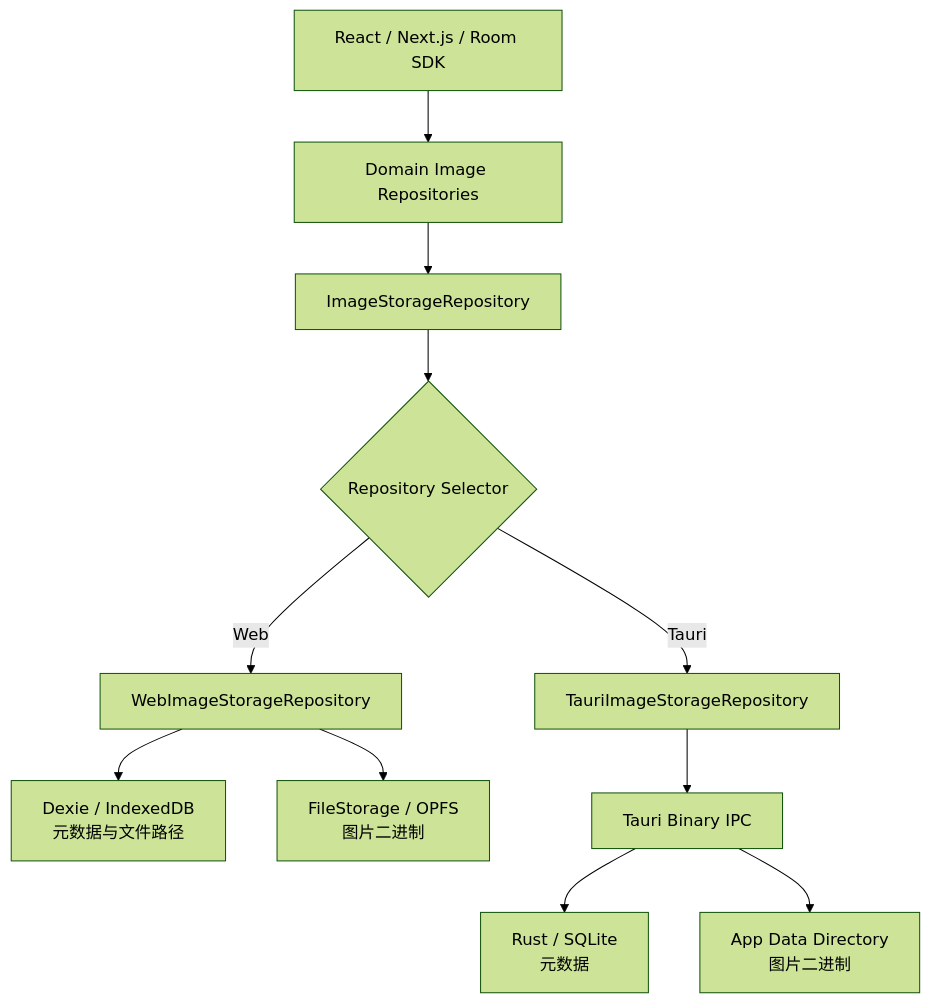
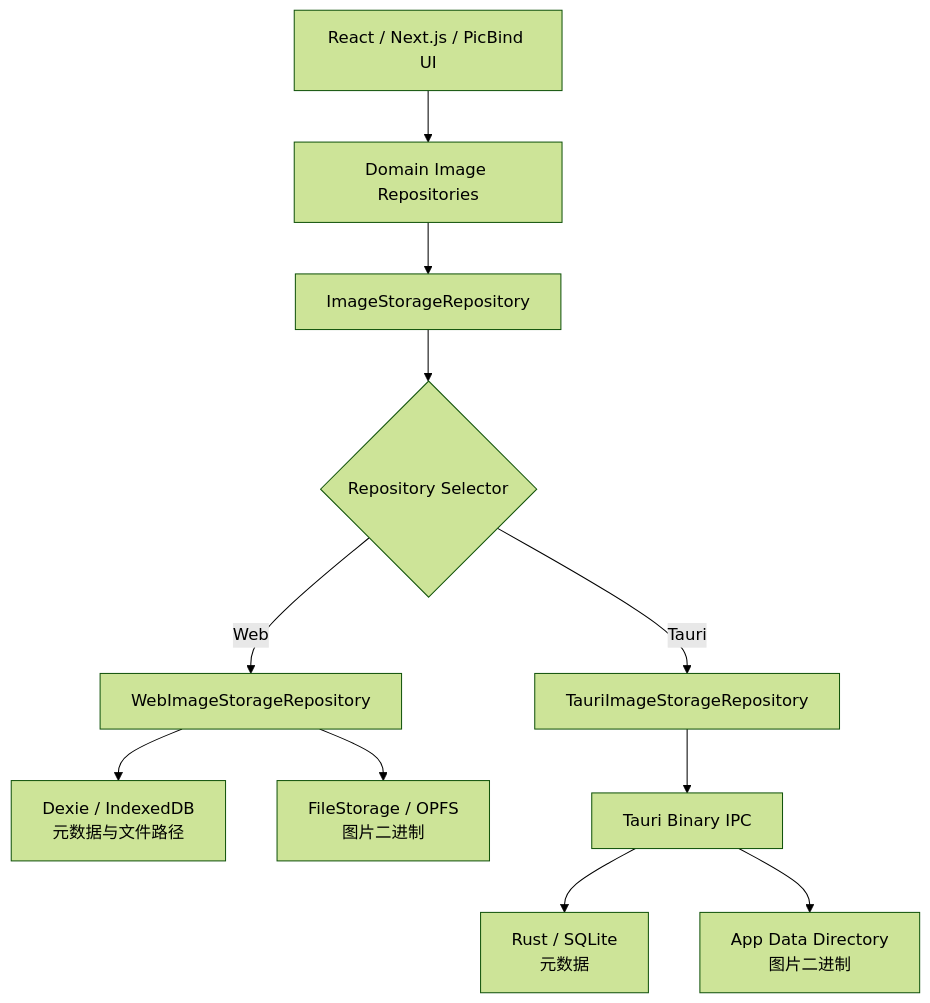
One commit to molast/picbind changed the first of 3 diagrams in docs/architecture/desktop/tauri-storage-architecture-v2.md. Above: the diagram before and after it, drawn with Mermaid (forest theme). The commit also changed other lines of this file and 119 other files, not shown here.

````diff
--- a/docs/architecture/desktop/tauri-storage-architecture-v2.md
+++ b/docs/architecture/desktop/tauri-storage-architecture-v2.md
@@ -42,13 +42,13 @@
 ```mermaid
 flowchart TD
-    UI["React / Next.js / Room SDK"] --> DomainRepo["Domain Image Repositories"]
+    UI["React / Next.js / PicBind UI"] --> DomainRepo["Domain Image Repositories"]
     DomainRepo --> Contract["ImageStorageRepository"]
     Contract --> Runtime{"Repository Selector"}
     Runtime -- Web --> WebRepo["WebImageStorageRepository"]
     Runtime -- Tauri --> TauriRepo["TauriImageStorageRepository"]
     WebRepo --> Dexie["Dexie / IndexedDB\n元数据与文件路径"]
     WebRepo --> OPFS["FileStorage / OPFS\n图片二进制"]
     TauriRepo --> IPC["Tauri Binary IPC"]
     IPC --> SQLite["Rust / SQLite\n元数据"]
     IPC --> NativeFiles["App Data Directory\n图片二进制"]
 ```
````
